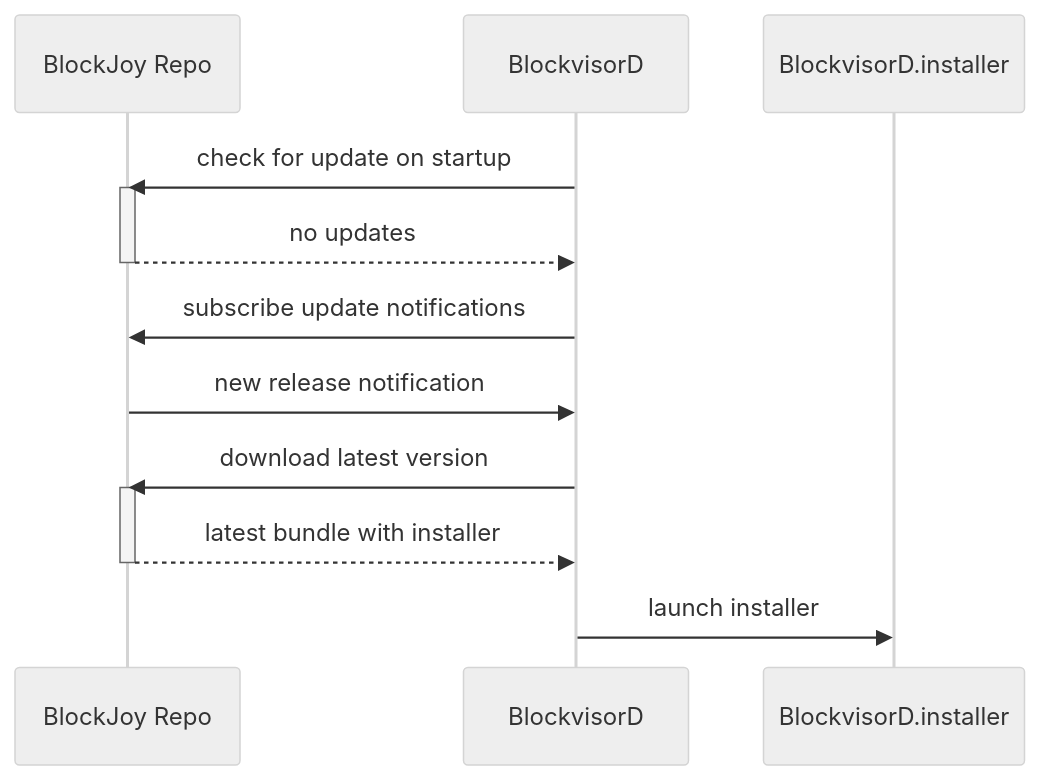
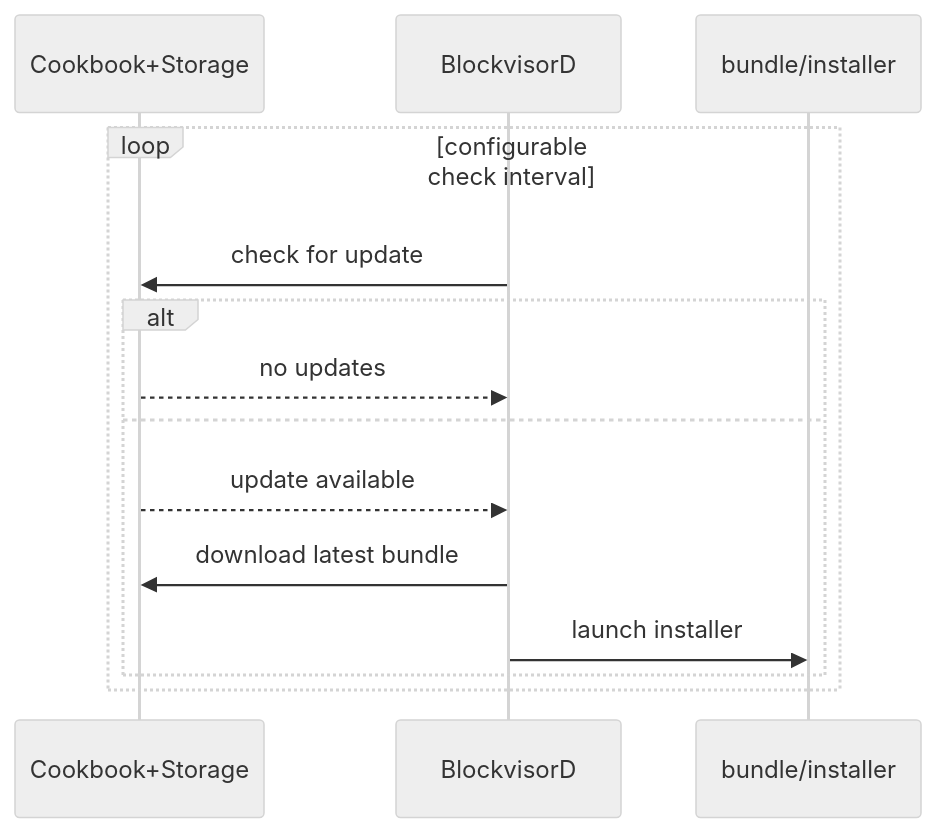
One commit to nodexeus/blockvisor changed the fifth of 7 diagrams in README.md. Above: the diagram before and after it, drawn with Mermaid (neutral theme). The commit also changed other lines of this file and 3 other files, not shown here.

````diff
--- a/README.md
+++ b/README.md
@@ -143,18 +172,17 @@
 ```mermaid
 sequenceDiagram
-    participant repo as BlockJoy Repo
+    participant repo as Cookbook+Storage
     participant bv as BlockvisorD
-    participant installer as BlockvisorD.installer
+    participant installer as bundle/installer
     
-    bv ->> repo: check for update on startup
-    activate repo
-    repo -->> bv: no updates
-    deactivate repo
-    bv ->> repo: subscribe update notifications
-    repo ->> bv: new release notification
-    bv ->> repo: download latest version
-    activate repo
-    repo -->> bv: latest bundle with installer
-    deactivate repo
-    bv ->> installer: launch installer
+    loop configurable check interval
+    bv ->> repo: check for update
+        alt
+            repo -->> bv: no updates
+        else
+            repo -->> bv: update available
+            bv ->> repo: download latest bundle
+            bv ->> installer: launch installer
+        end
+    end
 ```
````
